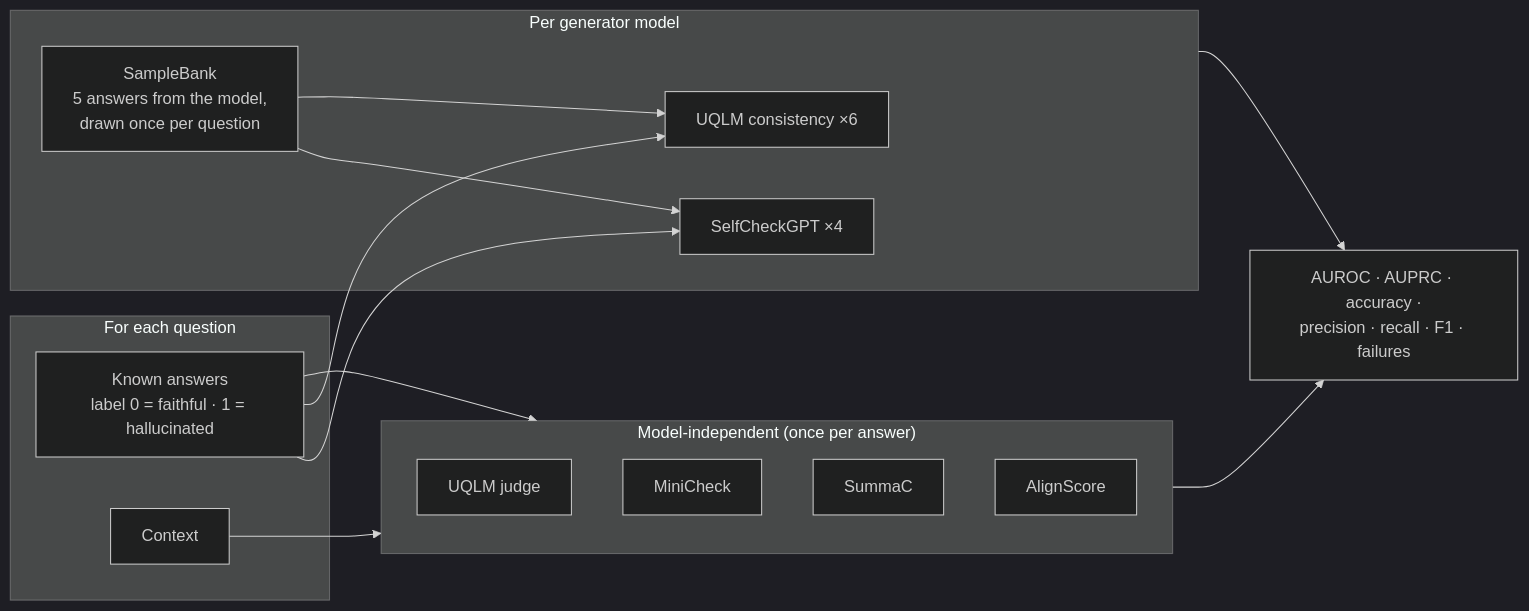
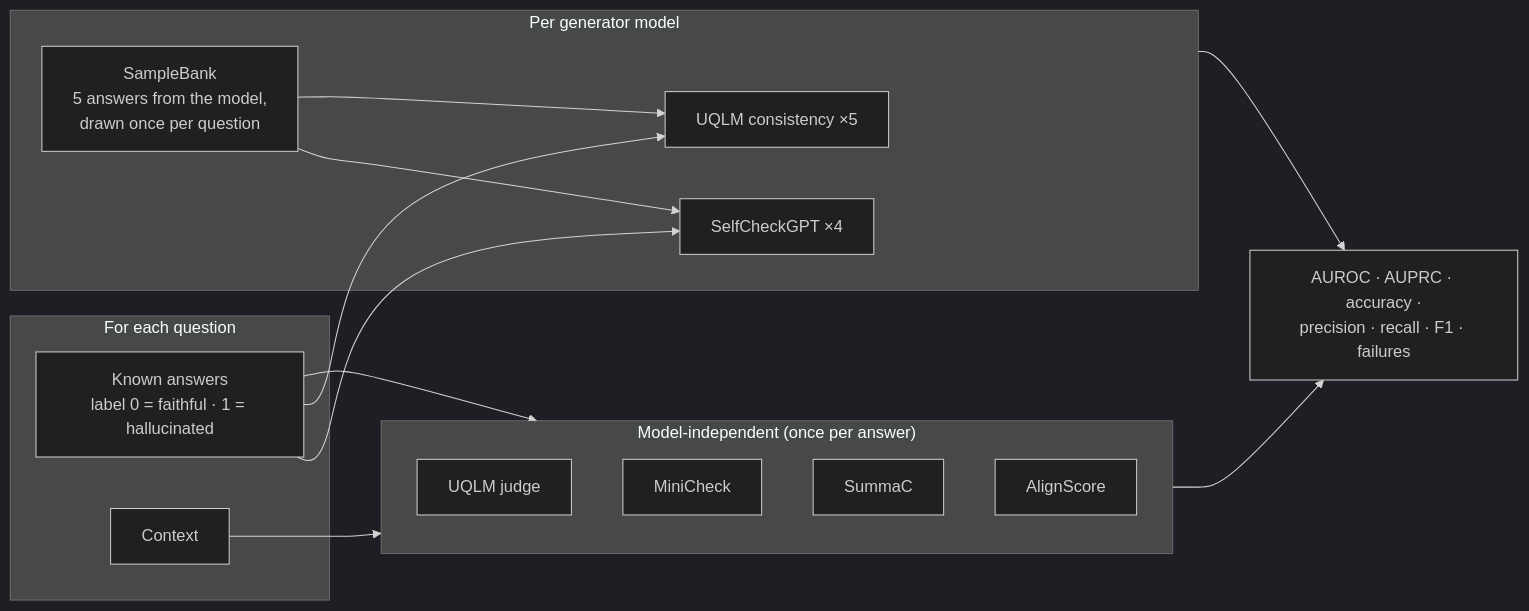
Before and after one commit to DharambirAgrawal/LLM-hallucination-Research: the fourth of 5 diagrams in docs/ARCHITECTURE.md, drawn with Mermaid (dark theme). The commit also changed other lines of this file and 18 other files, not shown here.

````diff
--- a/docs/ARCHITECTURE.md
+++ b/docs/ARCHITECTURE.md
@@ -91,29 +91,29 @@
 ```mermaid
 flowchart LR
     subgraph Q["For each question"]
         known["Known answers<br/>label 0 = faithful · 1 = hallucinated"]
         ctx["Context"]
     end
 
     subgraph IND["Model-independent (once per answer)"]
         j["UQLM judge"]
         m["MiniCheck"]
         s["SummaC"]
         al["AlignScore"]
     end
 
     subgraph DEP["Per generator model"]
         bank["SampleBank<br/>5 answers from the model,<br/>drawn once per question"]
         sc["SelfCheckGPT ×4"]
-        uq["UQLM consistency ×6"]
+        uq["UQLM consistency ×5"]
         bank --> sc
         bank --> uq
     end
 
     known --> IND
     ctx --> IND
     known --> sc
     known --> uq
     IND --> met["AUROC · AUPRC · accuracy ·<br/>precision · recall · F1 · failures"]
     DEP --> met
 ```
````
